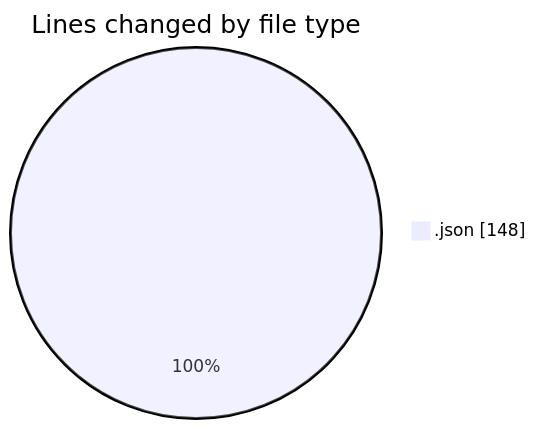
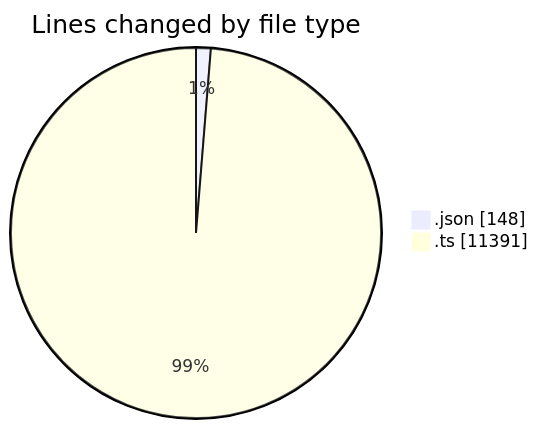
The first of 2 diagrams in 2026-10-17/repo-copilot/README.md (yexinjia/code-tracking), drawn with Mermaid before and after one commit. The commit also changed other lines of this file and 1 other file, not shown here.

````diff
--- a/2026-10-17/repo-copilot/README.md
+++ b/2026-10-17/repo-copilot/README.md
@@ -20,5 +21,6 @@
 ```mermaid
 pie showData
 title Lines changed by file type
 ".json" : 148
+".ts" : 11391
 ```
````
